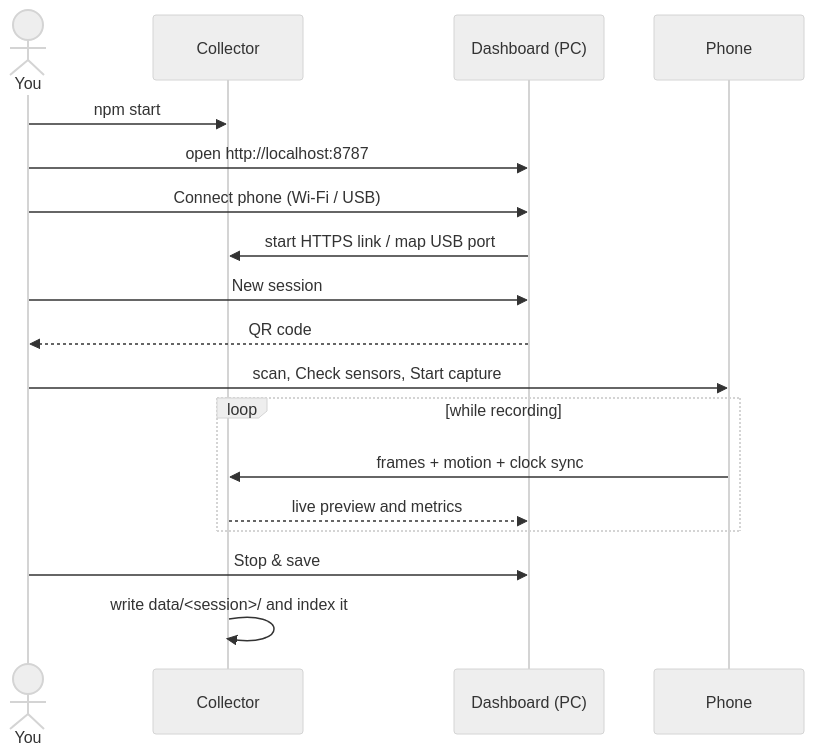
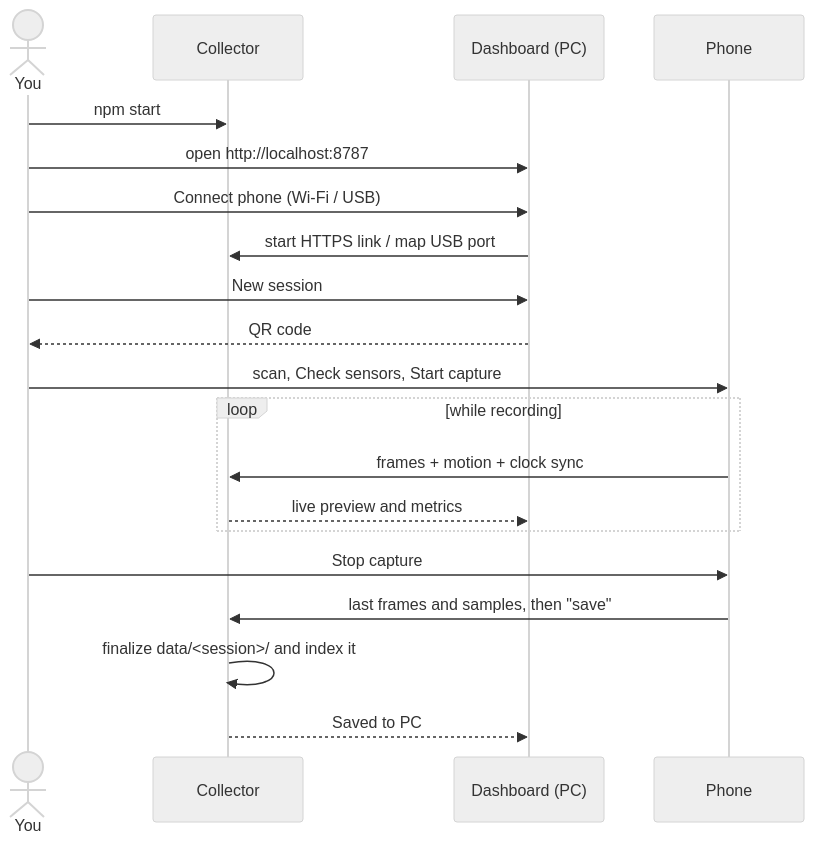
Before and after one commit to DeoneAI/tepegoz: the sixth of 7 diagrams in HOW_TO_USE.md, drawn with Mermaid (neutral theme). The commit also changed other lines of this file and 31 other files, not shown here.

````diff
--- a/HOW_TO_USE.md
+++ b/HOW_TO_USE.md
@@ -168,20 +177,22 @@
 ```mermaid
 sequenceDiagram
     actor You
     participant PC as Collector
     participant Dash as Dashboard (PC)
     participant Phone
     You->>PC: npm start
     You->>Dash: open http://localhost:8787
     You->>Dash: Connect phone (Wi-Fi / USB)
     Dash->>PC: start HTTPS link / map USB port
     You->>Dash: New session
     Dash-->>You: QR code
     You->>Phone: scan, Check sensors, Start capture
     loop while recording
         Phone->>PC: frames + motion + clock sync
         PC-->>Dash: live preview and metrics
     end
-    You->>Dash: Stop & save
-    PC->>PC: write data/<session>/ and index it
+    You->>Phone: Stop capture
+    Phone->>PC: last frames and samples, then "save"
+    PC->>PC: finalize data/<session>/ and index it
+    PC-->>Dash: Saved to PC
 ```
````
